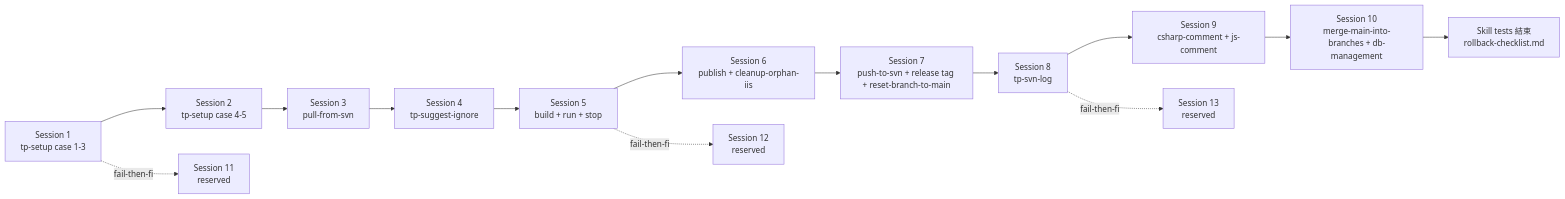
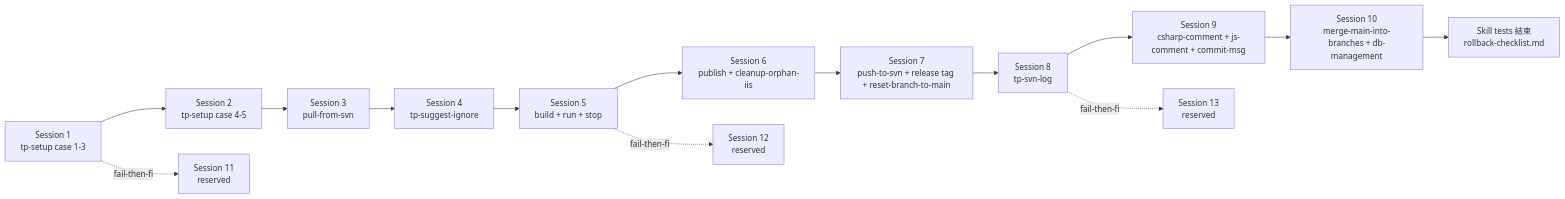
Before and after one commit to Bryant-Tang/turbo-plugins-claude: the diagram in plugins/turbo-plugin/tests/docs/skill-tests-session-plan.md, drawn with Mermaid. The commit also changed other lines of this file and 4 other files, not shown here.

First line of the commit message:
feat(turbo-plugin): U13 — 新增 tp-commit-msg skill

````diff
--- a/plugins/turbo-plugin/tests/docs/skill-tests-session-plan.md
+++ b/plugins/turbo-plugin/tests/docs/skill-tests-session-plan.md
@@ -152,16 +154,16 @@
 ```mermaid
 flowchart LR
   S1[Session 1<br>tp-setup case 1-3] --> S2[Session 2<br>tp-setup case 4-5]
   S2 --> S3[Session 3<br>pull-from-svn]
   S3 --> S4[Session 4<br>tp-suggest-ignore]
   S4 --> S5[Session 5<br>build + run + stop]
   S5 --> S6[Session 6<br>publish + cleanup-orphan-iis]
   S6 --> S7[Session 7<br>push-to-svn + release tag + reset-branch-to-main]
   S7 --> S8[Session 8<br>tp-svn-log]
-  S8 --> S9[Session 9<br>csharp-comment + js-comment]
+  S8 --> S9[Session 9<br>csharp-comment + js-comment + commit-msg]
   S9 --> S10b[Session 10<br>merge-main-into-branches + db-management]
   S10b --> RB["Skill tests 結束<br>rollback-checklist.md"]
   S1 -.fail-then-fix.-> S11[Session 11<br>reserved]
   S5 -.fail-then-fix.-> S12[Session 12<br>reserved]
   S8 -.fail-then-fix.-> S13[Session 13<br>reserved]
 ```
````
